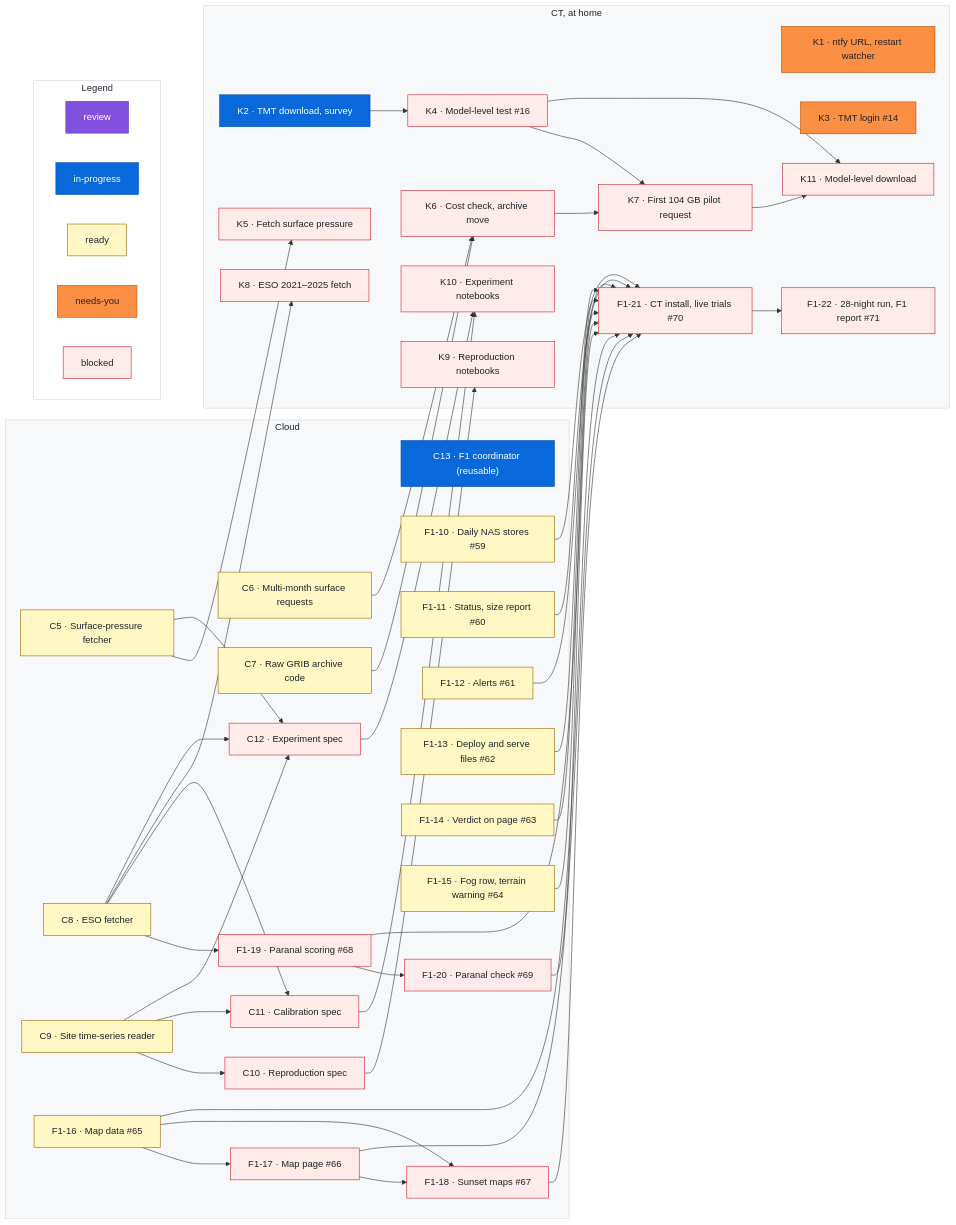
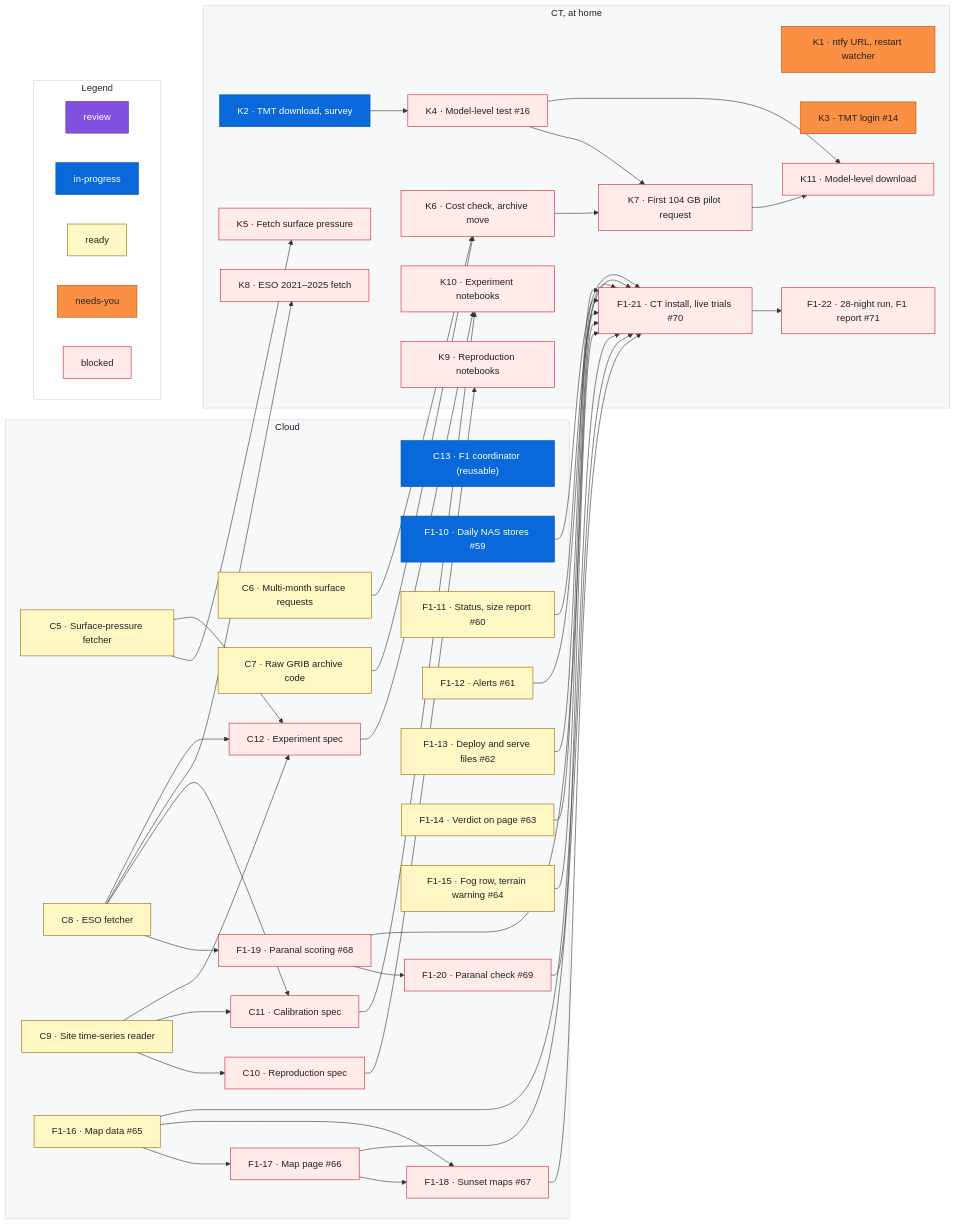
One commit to rrweller/Astro-seeing changed the diagram in docs/roadmap.md. Above: the diagram before and after it, drawn with Mermaid. The commit also changed other lines of this file, not shown here.

Commit message:
roadmap: F1-10 ready → in-progress

```diff
--- a/docs/roadmap.md
+++ b/docs/roadmap.md
@@ -195,7 +195,7 @@
   %% ---
   class C13 inprogress
   %% ---
-  class F1_10 ready
+  class F1_10 inprogress
   %% ---
   class F1_11 ready
   %% ---
```
